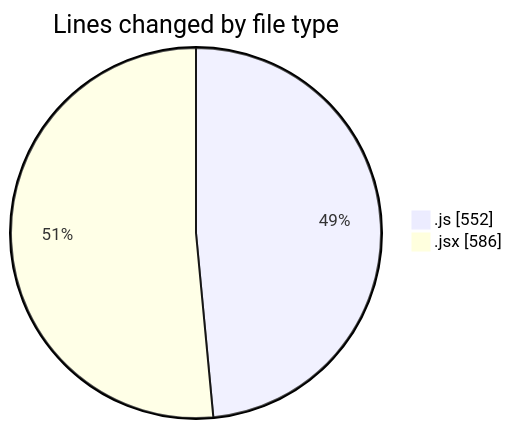
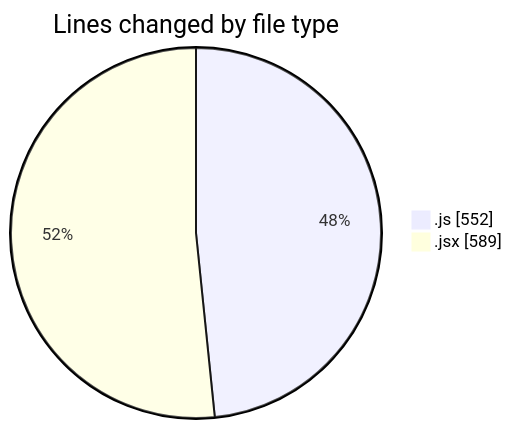
The first of 2 diagrams in 2025-11-16/argos/README.md (nxtqubesakshisongat/code-tracking), drawn with Mermaid before and after one commit. The commit also changed other lines of this file and 1 other file, not shown here.

````diff
--- a/2025-11-16/argos/README.md
+++ b/2025-11-16/argos/README.md
@@ -24,6 +24,6 @@
 ```mermaid
 pie showData
 title Lines changed by file type
 ".js" : 552
-".jsx" : 586
+".jsx" : 589
 ```
````
